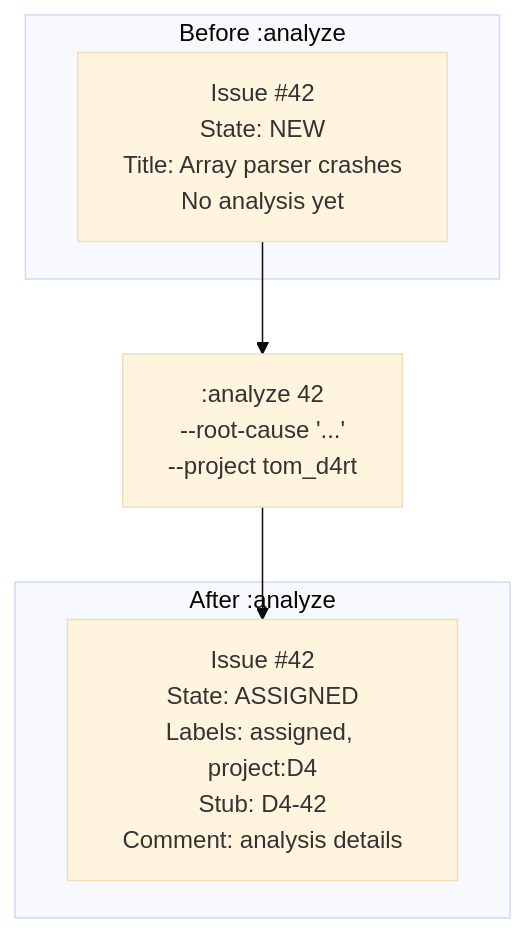
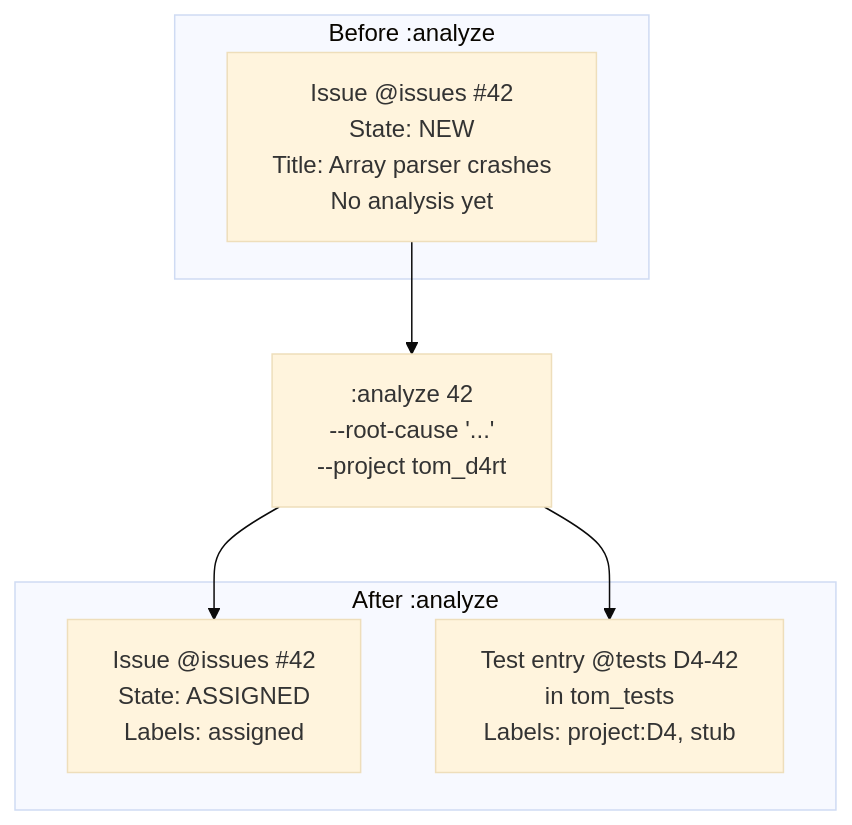
One commit to al-the-bear/tom_module_basics changed the eighth of 37 diagrams in tom_issue_kit/doc/issuekit_command_reference.md. Above: the diagram before and after it, drawn with Mermaid (base theme). The commit also changed other lines of this file and 1 other file, not shown here.

First line of the commit message:
docs: architectural redesign — two issue trackers, @issues/@tests/@code terminology, nightly backup

````diff
--- a/tom_issue_kit/doc/issuekit_command_reference.md
+++ b/tom_issue_kit/doc/issuekit_command_reference.md
@@ -406,14 +412,16 @@
 ```mermaid
 graph TB
     subgraph "Before :analyze"
-        I1["Issue #42<br/>State: NEW<br/>Title: Array parser crashes<br/>No analysis yet"]
+        I1["Issue @issues #42<br/>State: NEW<br/>Title: Array parser crashes<br/>No analysis yet"]
     end
 
     A[":analyze 42<br/>--root-cause '...'<br/>--project tom_d4rt"]
 
     subgraph "After :analyze"
-        I2["Issue #42<br/>State: ASSIGNED<br/>Labels: assigned, project:D4<br/>Stub: D4-42<br/>Comment: analysis details"]
+        I2["Issue @issues #42<br/>State: ASSIGNED<br/>Labels: assigned"]
+        T2["Test entry @tests D4-42<br/>in tom_tests<br/>Labels: project:D4, stub"]
     end
 
     I1 --> A --> I2
+    A --> T2
 ```
````
